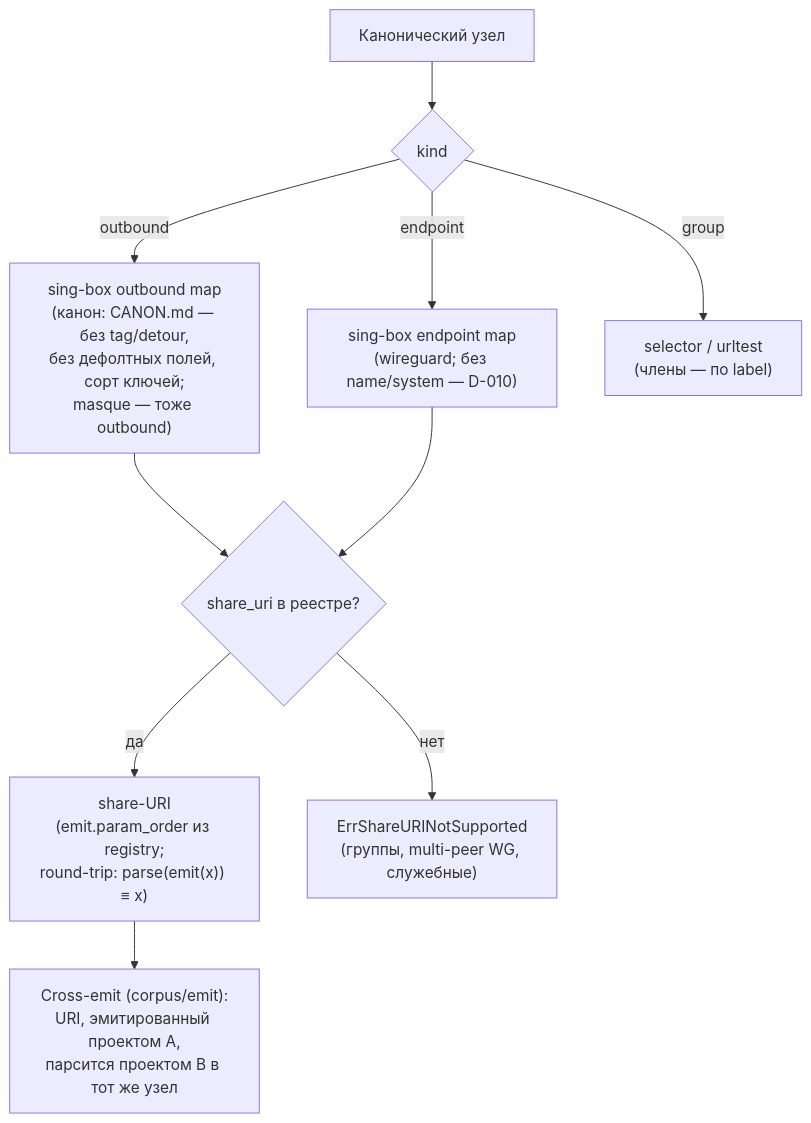
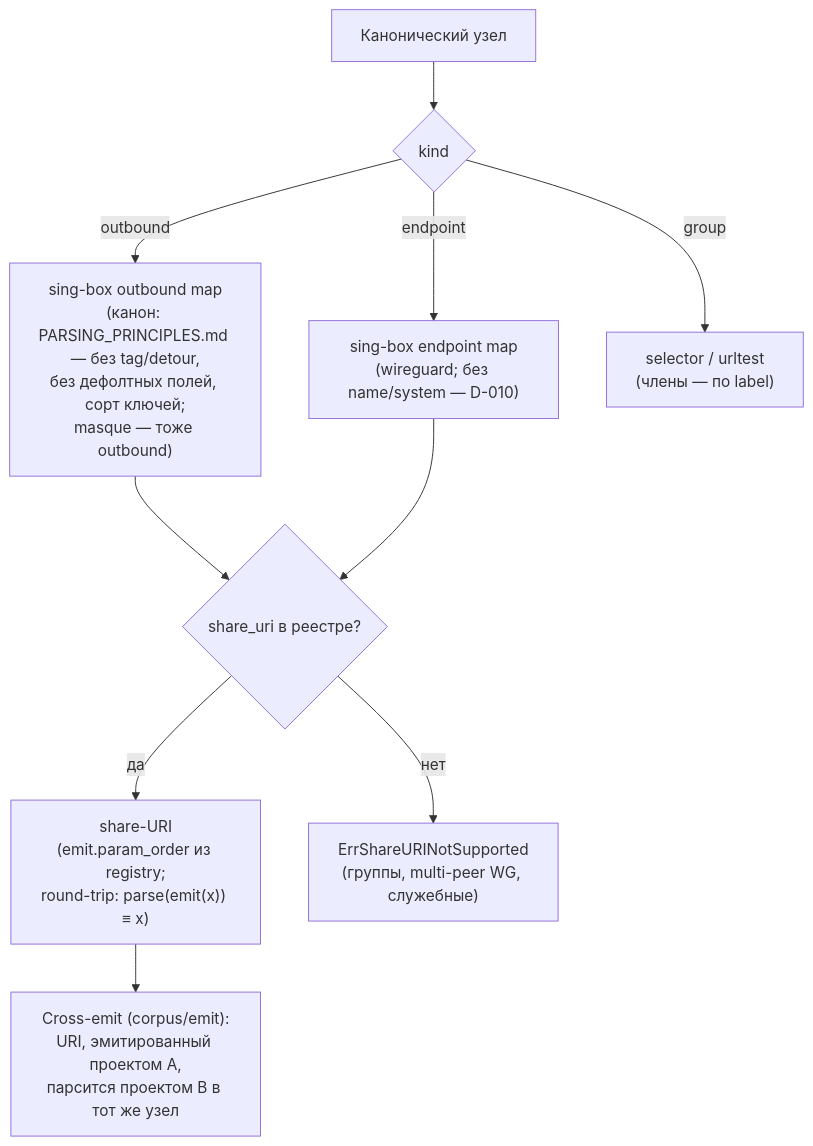
One commit to Leadaxe/singbox-launcher changed the diagram in contract/diagrams/emit_pipeline.mmd. Above: the diagram before and after it, drawn with Mermaid. The commit also changed 94 other files, not shown here.

```diff
--- a/contract/diagrams/emit_pipeline.mmd
+++ b/contract/diagrams/emit_pipeline.mmd
@@ -1,23 +1,23 @@
 %% Нормативный пайплайн эмиссии (SPEC 103): узел → outbound/endpoint JSON и share-URI.
 %% Каждой схеме — пара «парсер ↔ эмиттер» (память emitter-parser-pairing):
 %% схема без emit-ветки молча урезает узел — запрещено, ловится корпусом corpus/emit.
 flowchart TD
   CE["Канонический узел"] --> K{"kind"}
   K -- outbound --> OJ["sing-box outbound map
-(канон: CANON.md — без tag/detour,
+(канон: PARSING_PRINCIPLES.md — без tag/detour,
 без дефолтных полей, сорт ключей;
 masque — тоже outbound)"]
   K -- endpoint --> EJ["sing-box endpoint map
 (wireguard; без name/system — D-010)"]
   K -- group --> GJ["selector / urltest
 (члены — по label)"]
   OJ --> SU{"share_uri в реестре?"}
   EJ --> SU
   SU -- да --> U["share-URI
 (emit.param_order из registry;
 round-trip: parse(emit(x)) ≡ x)"]
   SU -- нет --> NX["ErrShareURINotSupported
 (группы, multi-peer WG, служебные)"]
   U --> XC["Cross-emit (corpus/emit):
 URI, эмитированный проектом A,
 парсится проектом B в тот же узел"]
```
